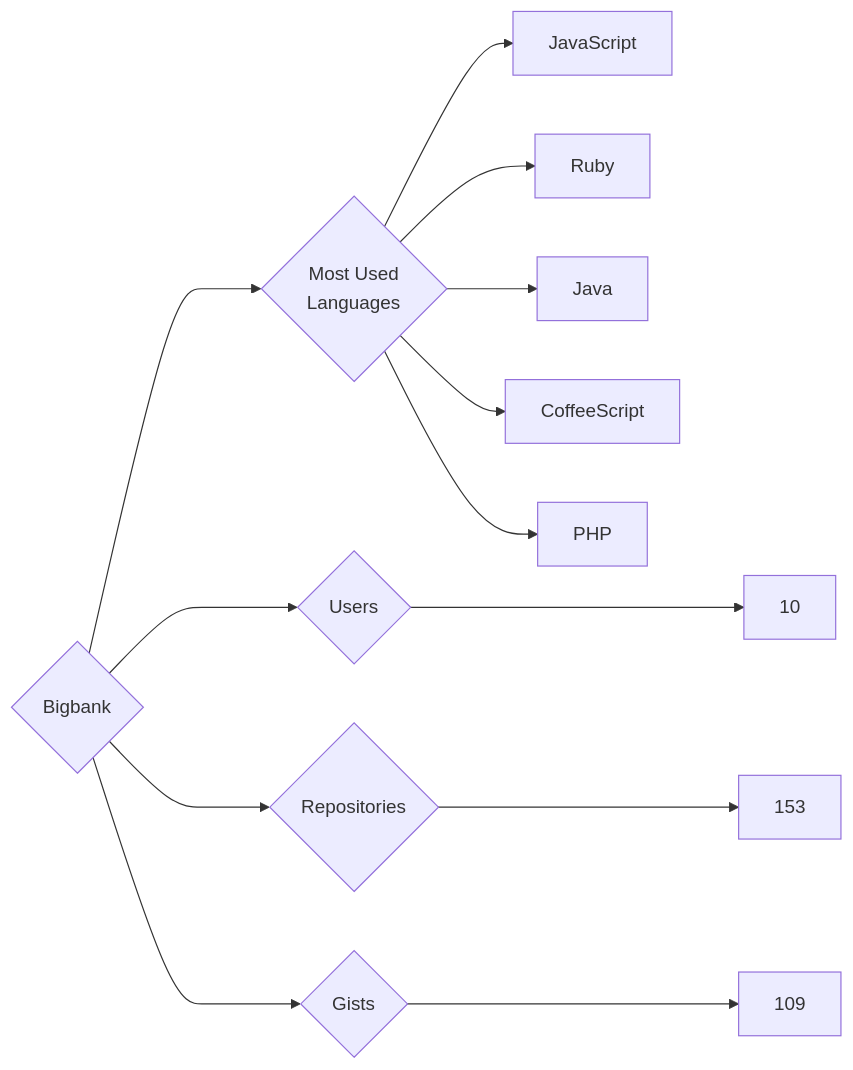
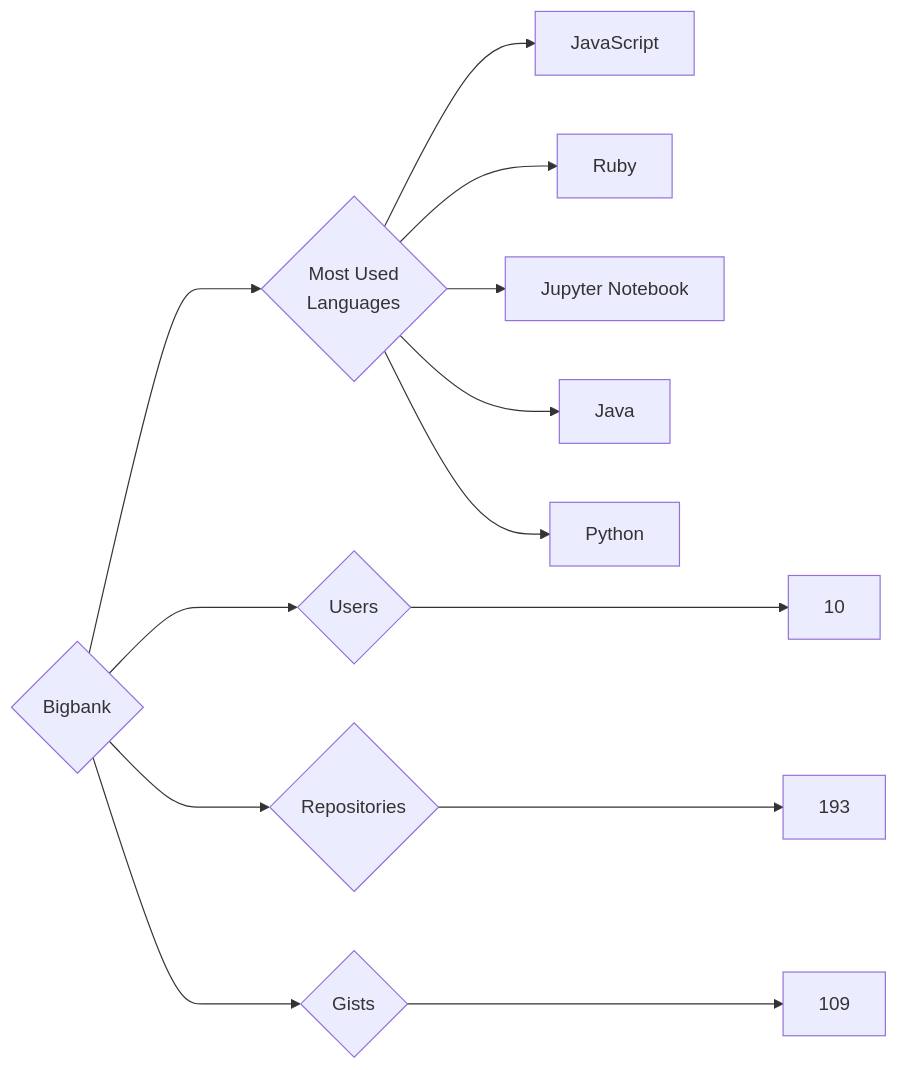
Before and after one commit to trickest/insiders: the diagram in targets/Bigbank/README.md, drawn with Mermaid. The commit also changed 965 other files, not shown here.

````diff
--- a/targets/Bigbank/README.md
+++ b/targets/Bigbank/README.md
@@ -3,13 +3,13 @@
 ```mermaid
 graph LR
 COMPANY_NAME{Bigbank}
 COMPANY_NAME ---> U{Users} ---> UN[10]
-COMPANY_NAME ---> R{Repositories} ---> RN[153]
+COMPANY_NAME ---> R{Repositories} ---> RN[193]
 COMPANY_NAME ---> G{Gists} ---> GN[109]
 COMPANY_NAME ---> ML{Most Used<br>Languages}
 ML --> JavaScript[JavaScript]
 ML --> Ruby[Ruby]
+ML --> Jupyter_Notebook[Jupyter Notebook]
 ML --> Java[Java]
-ML --> CoffeeScript[CoffeeScript]
-ML --> PHP[PHP]
+ML --> Python[Python]
 ```
````
